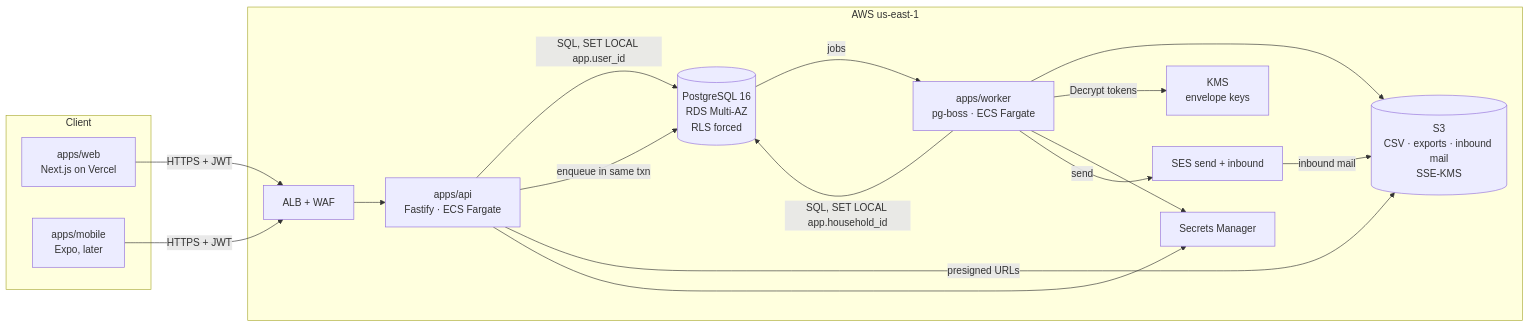
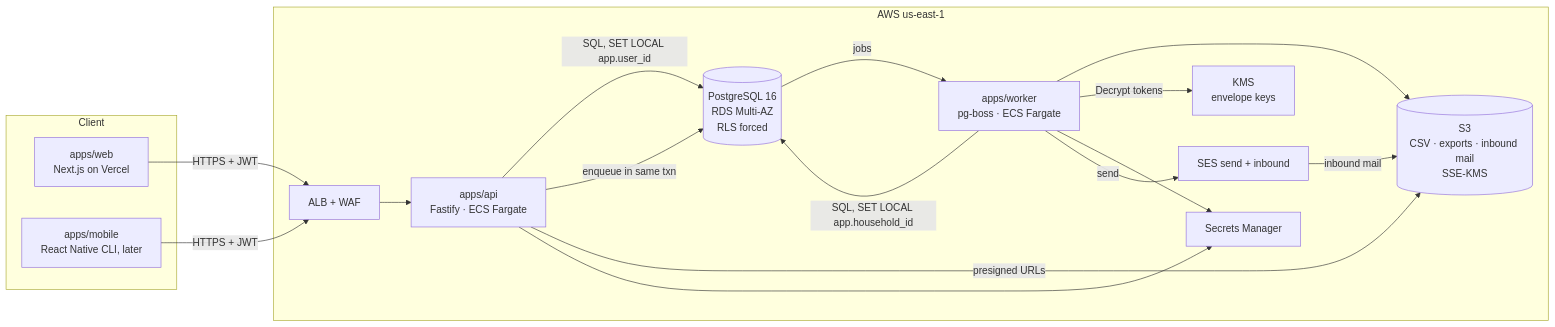
Before and after one commit to JaySingh86/MoneyPilotAI: the second of 9 diagrams in docs/architecture/ARCHITECTURE.md, drawn with Mermaid. The commit also changed 4 other files, not shown here.

First line of the commit message:
ADR-016: mobile app on the React Native CLI, no Expo

````diff
--- a/docs/architecture/ARCHITECTURE.md
+++ b/docs/architecture/ARCHITECTURE.md
@@ -41,30 +41,30 @@
 ```mermaid
 flowchart LR
   subgraph Client
     WEB[apps/web<br/>Next.js on Vercel]
-    MOB[apps/mobile<br/>Expo, later]
+    MOB[apps/mobile<br/>React Native CLI, later]
   end
   subgraph AWS["AWS us-east-1"]
     ALB[ALB + WAF]
     API[apps/api<br/>Fastify · ECS Fargate]
     WRK[apps/worker<br/>pg-boss · ECS Fargate]
     PG[(PostgreSQL 16<br/>RDS Multi-AZ<br/>RLS forced)]
     S3[(S3<br/>CSV · exports · inbound mail<br/>SSE-KMS)]
     KMS[KMS<br/>envelope keys]
     SM[Secrets Manager]
     SESN[SES send + inbound]
   end
   WEB -- HTTPS + JWT --> ALB --> API
   MOB -- HTTPS + JWT --> ALB
   API -- SQL, SET LOCAL app.user_id --> PG
   WRK -- SQL, SET LOCAL app.household_id --> PG
   API -- enqueue in same txn --> PG
   PG -- jobs --> WRK
   API -- presigned URLs --> S3
   WRK --> S3
   WRK -- Decrypt tokens --> KMS
   API --> SM
   WRK --> SM
   WRK -- send --> SESN
   SESN -- inbound mail --> S3
 ```
````
